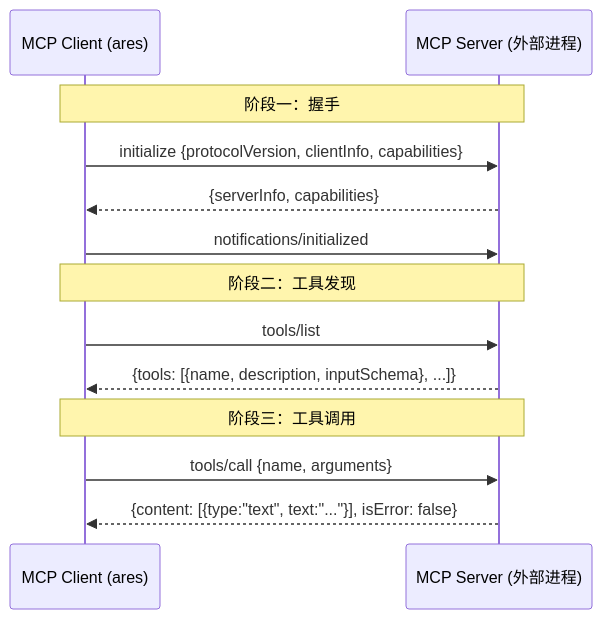
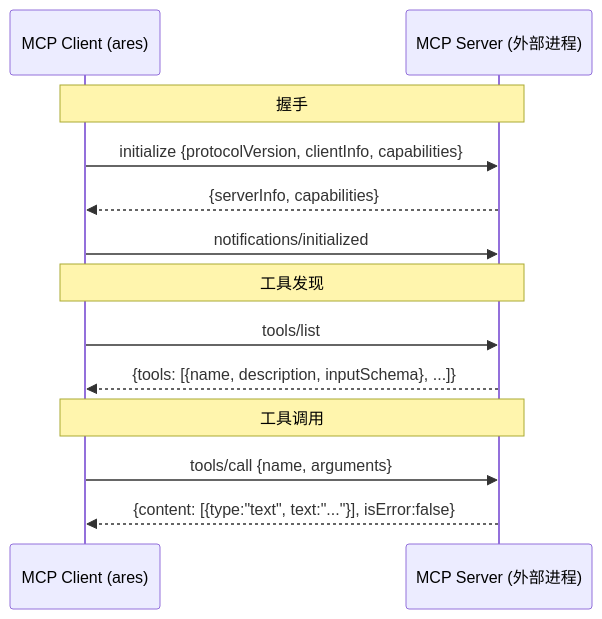
One commit to Timwood0x10/ARES changed the first of 4 diagrams in docs/articles/zh/15-mcp-integration-deep-dive.md. Above: the diagram before and after it, drawn with Mermaid. The commit also changed other lines of this file and 2423 other files, not shown here.

````diff
--- a/docs/articles/zh/15-mcp-integration-deep-dive.md
+++ b/docs/articles/zh/15-mcp-integration-deep-dive.md
@@ -45,18 +60,18 @@
 ```mermaid
 sequenceDiagram
     participant Client as MCP Client (ares)
     participant Server as MCP Server (外部进程)
-    
-    Note over Client,Server: 阶段一：握手
+
+    Note over Client,Server: 握手
     Client->>Server: initialize {protocolVersion, clientInfo, capabilities}
     Server-->>Client: {serverInfo, capabilities}
     Client->>Server: notifications/initialized
-    
-    Note over Client,Server: 阶段二：工具发现
+
+    Note over Client,Server: 工具发现
     Client->>Server: tools/list
     Server-->>Client: {tools: [{name, description, inputSchema}, ...]}
-    
-    Note over Client,Server: 阶段三：工具调用
+
+    Note over Client,Server: 工具调用
     Client->>Server: tools/call {name, arguments}
-    Server-->>Client: {content: [{type:"text", text:"..."}], isError: false}
+    Server-->>Client: {content: [{type:"text", text:"..."}], isError:false}
 ```
````
